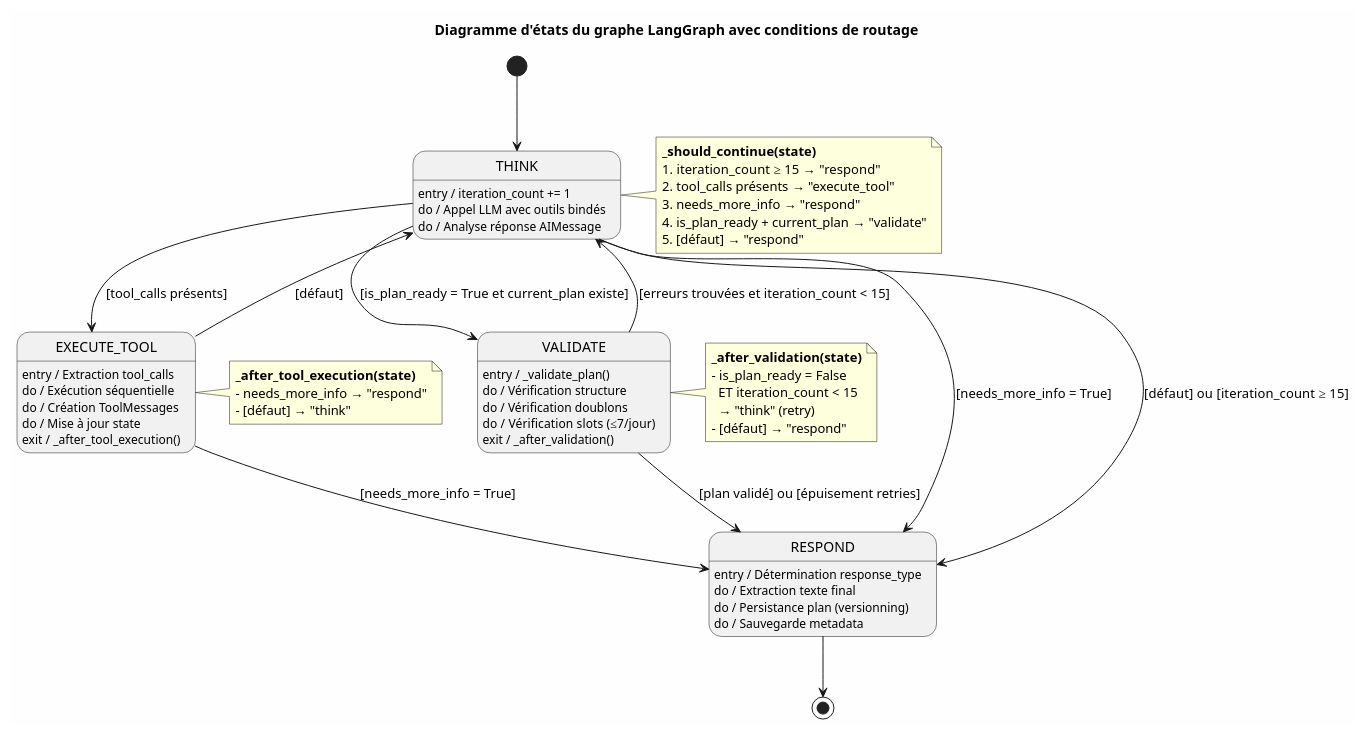
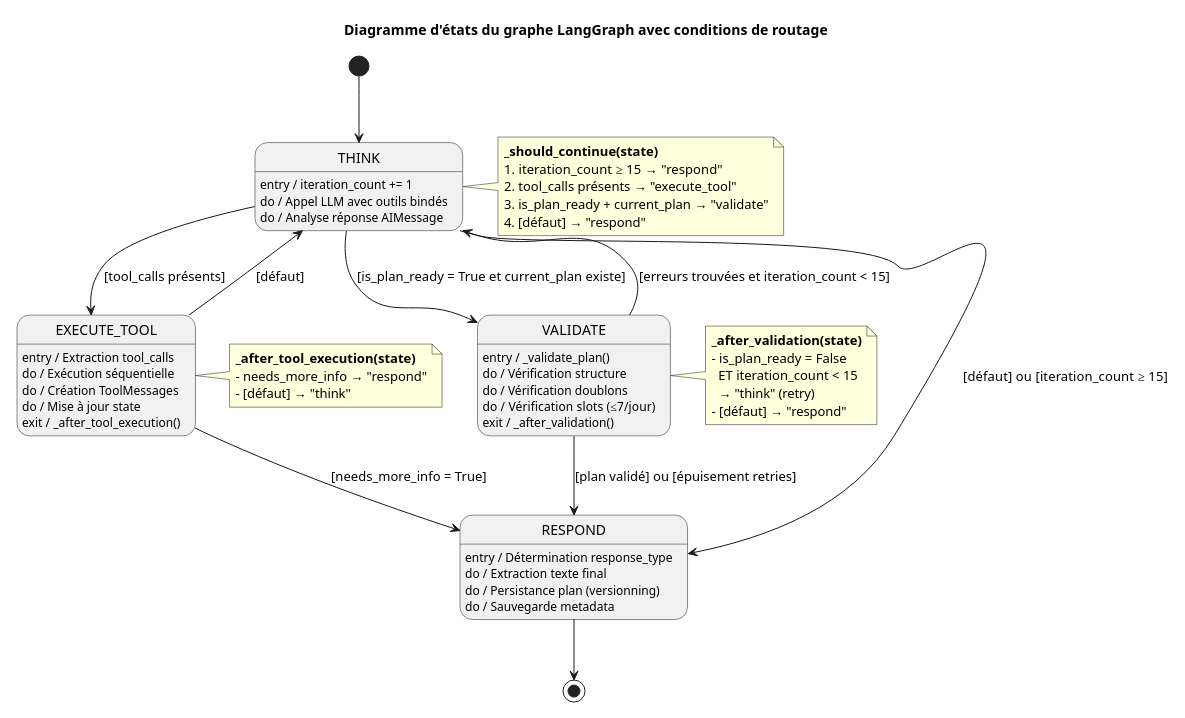
The diagram in diagrams/fig_04_langgraph_routing.puml (ahmed-addali/rapport), drawn with PlantUML before and after one commit. The commit also changed 56 other files, not shown here.

```diff
--- a/diagrams/fig_04_langgraph_routing.puml
+++ b/diagrams/fig_04_langgraph_routing.puml
@@ -1,75 +1,73 @@
 @startuml
 skinparam backgroundColor #FEFEFE
-skinparam handwritten false
+
 skinparam defaultFontName "Arial"
 
 title Diagramme d'états du graphe LangGraph avec conditions de routage
 
 [*] --> THINK
 
 state THINK {
   THINK : entry / iteration_count += 1
   THINK : do / Appel LLM avec outils bindés
   THINK : do / Analyse réponse AIMessage
 }
 
 THINK --> EXECUTE_TOOL : [tool_calls présents]
-THINK --> RESPOND : [needs_more_info = True]
 THINK --> VALIDATE : [is_plan_ready = True et current_plan existe]
 THINK --> RESPOND : [défaut] ou [iteration_count ≥ 15]
 
 state EXECUTE_TOOL {
   EXECUTE_TOOL : entry / Extraction tool_calls
   EXECUTE_TOOL : do / Exécution séquentielle
   EXECUTE_TOOL : do / Création ToolMessages
   EXECUTE_TOOL : do / Mise à jour state
   EXECUTE_TOOL : exit / _after_tool_execution()
 }
 
 EXECUTE_TOOL --> THINK : [défaut]
 EXECUTE_TOOL --> RESPOND : [needs_more_info = True]
 
 state VALIDATE {
   VALIDATE : entry / _validate_plan()
   VALIDATE : do / Vérification structure
   VALIDATE : do / Vérification doublons
   VALIDATE : do / Vérification slots (≤7/jour)
   VALIDATE : exit / _after_validation()
 }
 
 VALIDATE --> THINK : [erreurs trouvées et iteration_count < 15]
 VALIDATE --> RESPOND : [plan validé] ou [épuisement retries]
 
 state RESPOND {
   RESPOND : entry / Détermination response_type
   RESPOND : do / Extraction texte final
   RESPOND : do / Persistance plan (versionning)
   RESPOND : do / Sauvegarde metadata
 }
 
 RESPOND --> [*]
 
 note right of THINK
   **_should_continue(state)**
   1. iteration_count ≥ 15 → "respond"
   2. tool_calls présents → "execute_tool"
-  3. needs_more_info → "respond"
-  4. is_plan_ready + current_plan → "validate"
-  5. [défaut] → "respond"
+  3. is_plan_ready + current_plan → "validate"
+  4. [défaut] → "respond"
 end note
 
 note right of EXECUTE_TOOL
   **_after_tool_execution(state)**
   - needs_more_info → "respond"
   - [défaut] → "think"
 end note
 
 note right of VALIDATE
   **_after_validation(state)**
   - is_plan_ready = False
     ET iteration_count < 15
     → "think" (retry)
   - [défaut] → "respond"
 end note
 
 @enduml
```
